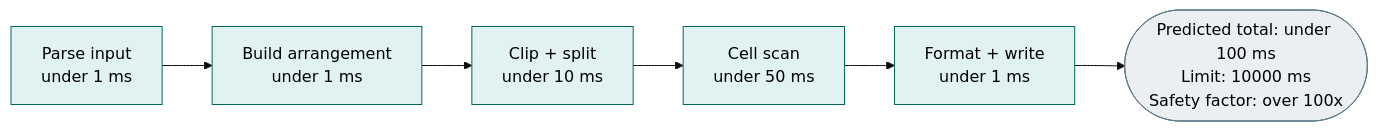
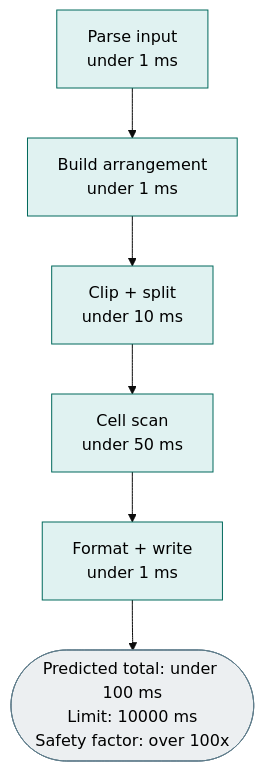
Before and after one commit to jambamamba/performacode-airplane-coverage: the sixth of 9 diagrams in project-plan.md, drawn with Mermaid (base theme). The commit also changed other lines of this file and 54 other files, not shown here.

````diff
--- a/project-plan.md
+++ b/project-plan.md
@@ -509,10 +509,10 @@
 ```mermaid
-flowchart LR
+flowchart TD
     A["Parse input<br/>under 1 ms"] --> B["Build arrangement<br/>under 1 ms"] --> C["Clip + split<br/>under 10 ms"] --> D["Cell scan<br/>under 50 ms"] --> E["Format + write<br/>under 1 ms"]
     E --> T(["Predicted total: under 100 ms<br/>Limit: 10000 ms<br/>Safety factor: over 100x"])
 
     classDef rt fill:#e0f2f1,stroke:#00695c,color:#000
     classDef term fill:#eceff1,stroke:#607d8b,color:#000
     class A,B,C,D,E rt
     class T term
 ```
````
